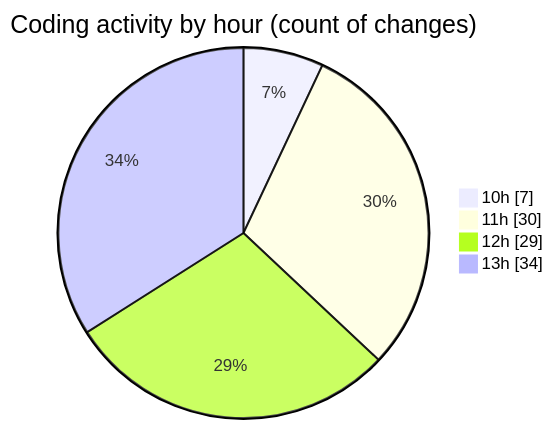
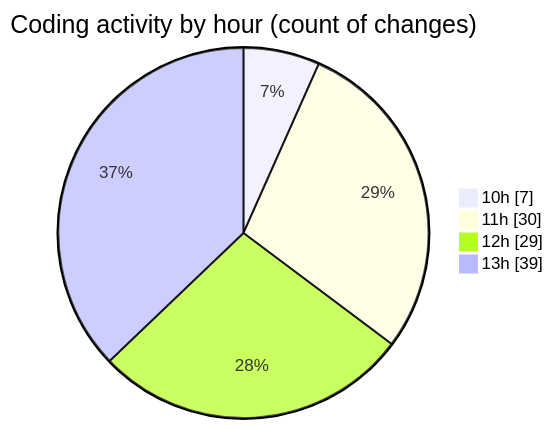
One commit to momahboobian/code-tracking changed the second of 2 diagrams in 2025-06-26/cda/README.md. Above: the diagram before and after it, drawn with Mermaid. The commit also changed other lines of this file and 1 other file, not shown here.

````diff
--- a/2025-06-26/cda/README.md
+++ b/2025-06-26/cda/README.md
@@ -37,8 +37,8 @@
 ```mermaid
 pie showData
 title Coding activity by hour (count of changes)
 "10h" : 7
 "11h" : 30
 "12h" : 29
-"13h" : 34
+"13h" : 39
 ```
````
